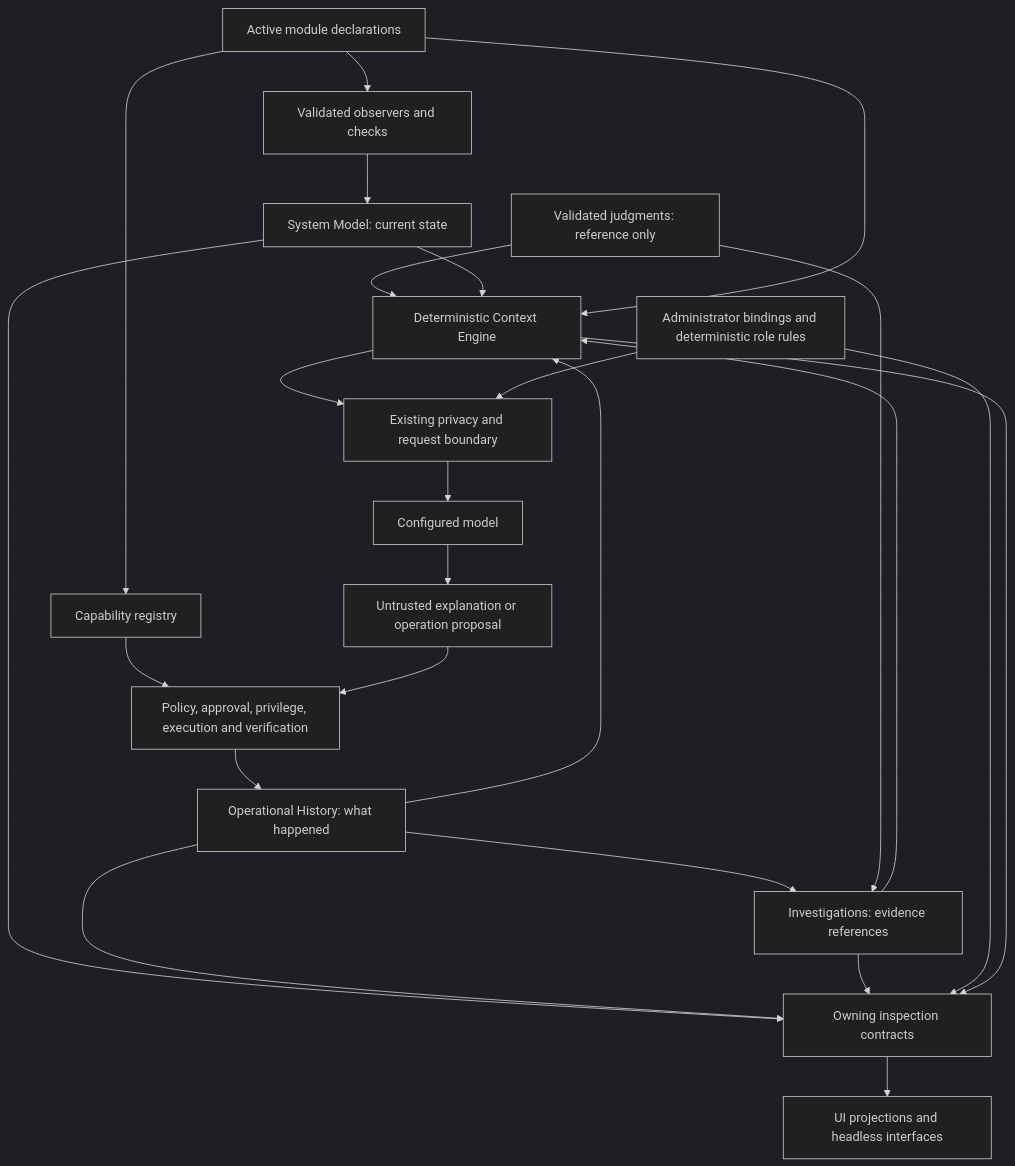
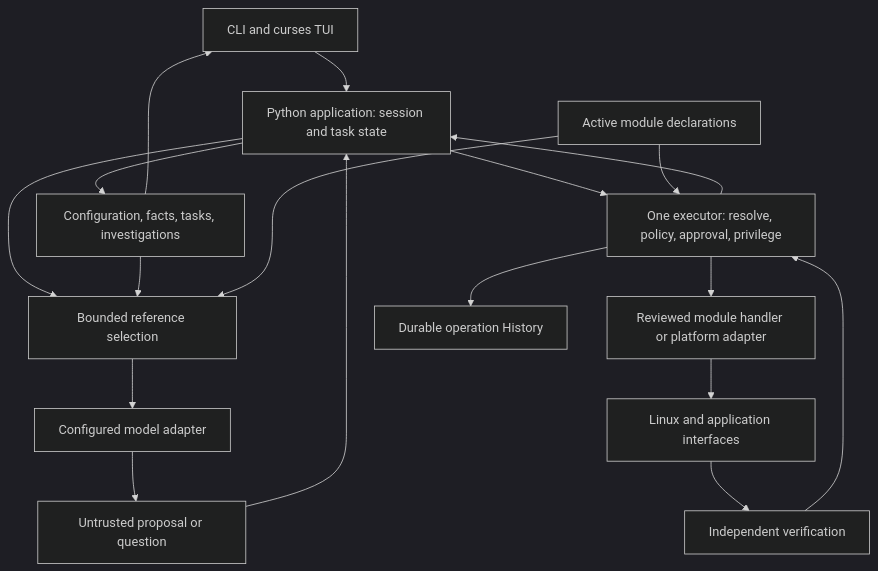
Before and after one commit to pedante/igor_core: the first of 2 diagrams in docs/igor2/ARCHITECTURE_READINESS.md, drawn with Mermaid (dark theme). The commit also changed other lines of this file and 18 other files, not shown here.

Commit message:
docs(igor2): audit architecture and propose delivery reset

````diff
--- a/docs/igor2/ARCHITECTURE_READINESS.md
+++ b/docs/igor2/ARCHITECTURE_READINESS.md
@@ -39,26 +368,20 @@
 ```mermaid
-flowchart TD
-    Modules[Active module declarations] --> Observers[Validated observers and checks]
-    Observers --> Model[System Model: current state]
-    Modules --> Catalog[Capability registry]
-    Catalog --> Execution[Policy, approval, privilege, execution and verification]
-    Execution --> History[Operational History: what happened]
-    History --> Investigation[Investigations: evidence references]
-    Judgment[Validated judgments: reference only] --> Investigation
-    Judgment --> Context[Deterministic Context Engine]
-    Investigation --> Context
-    History --> Context
-    Model --> Context
-    Modules --> Context
-    Context --> Request[Existing privacy and request boundary]
-    Routing[Administrator bindings and deterministic role rules] --> Request
-    Request --> AI[Configured model]
-    AI --> Proposal[Untrusted explanation or operation proposal]
-    Proposal --> Execution
-    Model --> Inspection[Owning inspection contracts]
-    History --> Inspection
-    Investigation --> Inspection
-    Routing --> Inspection
-    Context --> Inspection
-    Inspection --> UI[UI projections and headless interfaces]
+flowchart TB
+    UI[CLI and curses TUI] --> App[Python application: session and task state]
+    App --> Context[Bounded reference selection]
+    Context --> Gateway[Configured model adapter]
+    Gateway --> Proposal[Untrusted proposal or question]
+    Proposal --> App
+    App --> Exec[One executor: resolve, policy, approval, privilege]
+    Registry[Active module declarations] --> Exec
+    Exec --> Handler[Reviewed module handler or platform adapter]
+    Handler --> OS[Linux and application interfaces]
+    OS --> Verify[Independent verification]
+    Verify --> Exec
+    Exec --> History[Durable operation History]
+    Exec --> App
+    App --> Records[Configuration, facts, tasks, investigations]
+    Records --> Context
+    Registry --> Context
+    Records --> UI
 ```
````
